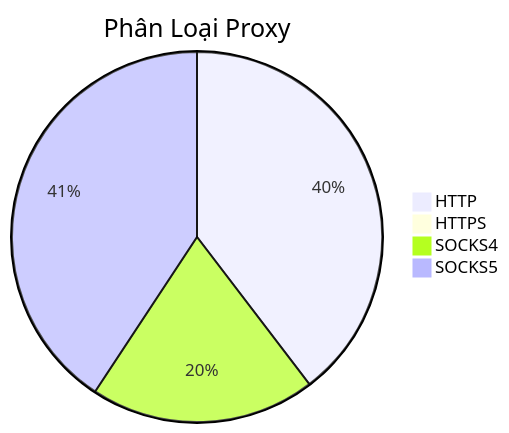
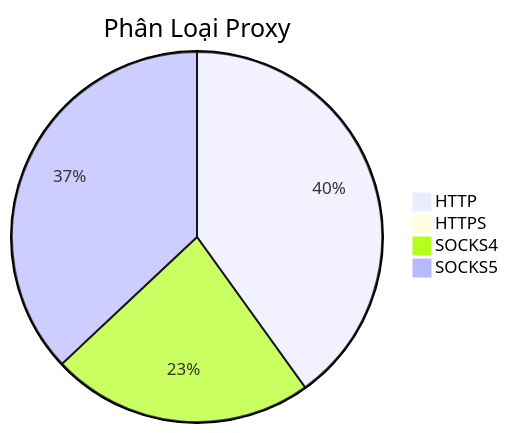
Before and after one commit to Ciara-Aa/PROXY-free: the diagram in README.md, drawn with Mermaid. The commit also changed other lines of this file and 4 other files, not shown here.

````diff
--- a/README.md
+++ b/README.md
@@ -26,7 +26,7 @@
 ```mermaid
 pie title Phân Loại Proxy
-    "HTTP" : 647
-    "HTTPS" : 2
-    "SOCKS4" : 321
-    "SOCKS5" : 665
+    "HTTP" : 600
+    "HTTPS" : 6
+    "SOCKS4" : 343
+    "SOCKS5" : 554
 ```
````
